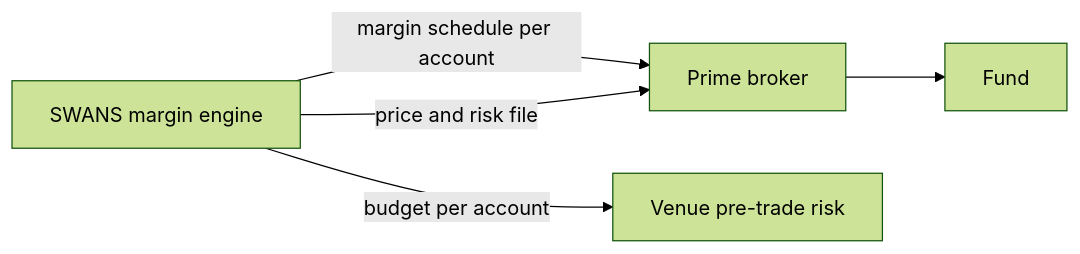
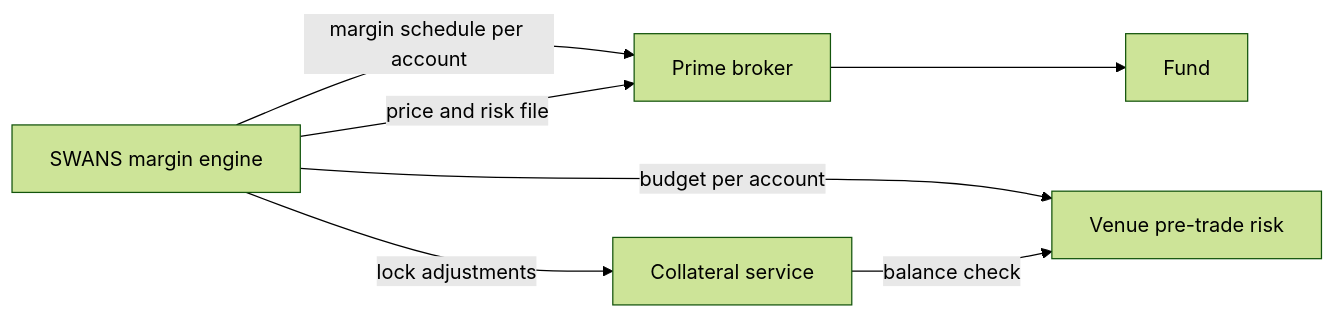
The diagram in docs/clients/margin.md (LevonDerma1221/swans-docs), drawn with Mermaid (forest theme) before and after one commit. The commit also changed other lines of this file and 14 other files, not shown here.

First line of the commit message:
Integrate risk engine spec v3.0: two-engine architecture, formal margin math, model governance

````diff
--- a/docs/clients/margin.md
+++ b/docs/clients/margin.md
@@ -15,7 +21,9 @@
 ```mermaid
 flowchart LR
   E[SWANS margin engine] -->|margin schedule per account| PB[Prime broker]
   E -->|budget per account| PT[Venue pre-trade risk]
+  E -->|lock adjustments| COL[Collateral service]
   E -->|price and risk file| PB
   PB --> F[Fund]
+  COL -->|balance check| PT
 ```
````
